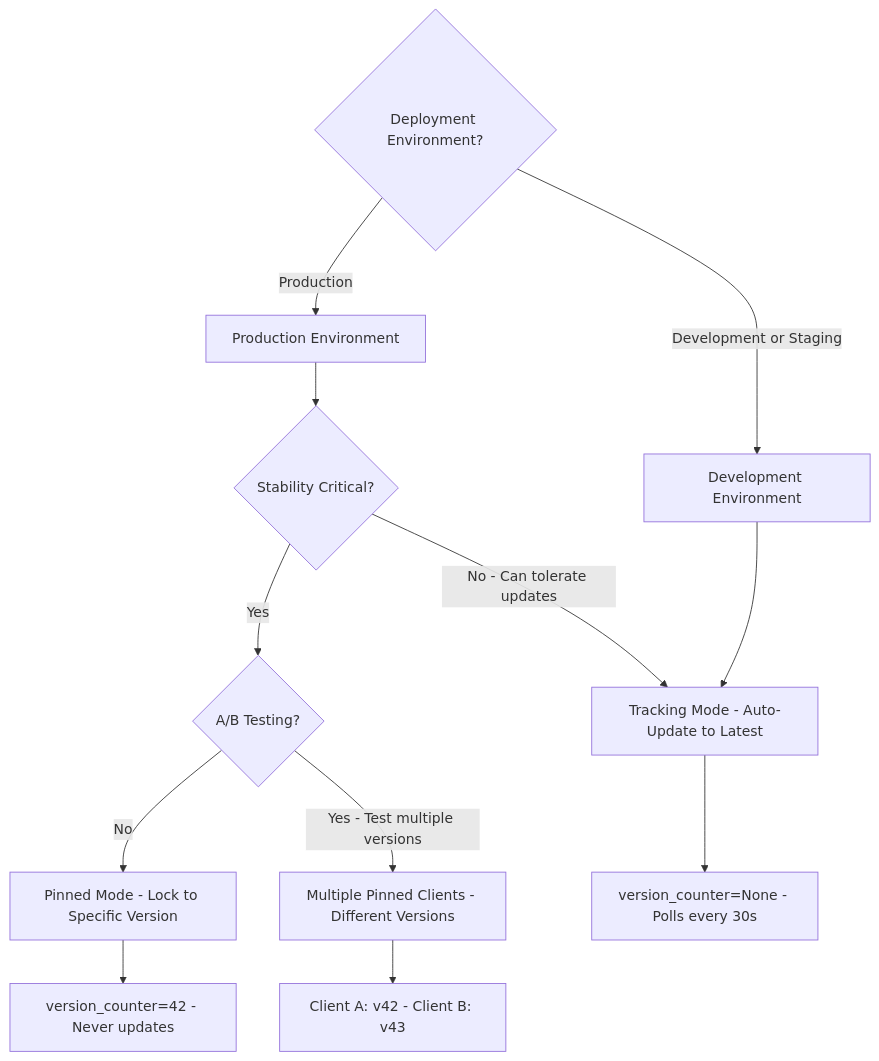
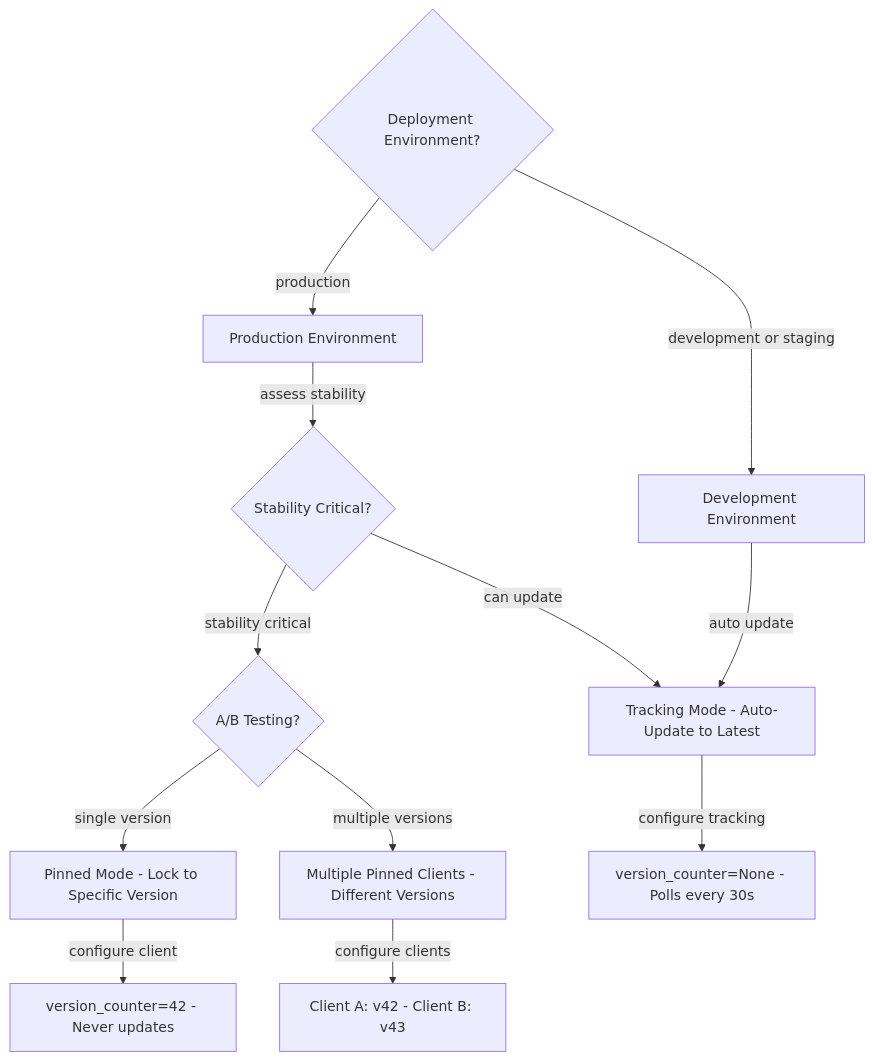
Before and after one commit to Tuee22/SpectralMC: the second of 3 diagrams in documents/engineering/blockchain_storage.md, drawn with Mermaid. The commit also changed other lines of this file and 28 other files, not shown here.

````diff
--- a/documents/engineering/blockchain_storage.md
+++ b/documents/engineering/blockchain_storage.md
@@ -154,29 +165,29 @@
 ```mermaid
 flowchart TB
   Start{Deployment Environment?}
   Production[Production Environment]
   Development[Development Environment]
 
   StabilityNeeded{Stability Critical?}
   ABTest{A/B Testing?}
 
   Pinned[Pinned Mode - Lock to Specific Version]
   MultiPinned[Multiple Pinned Clients - Different Versions]
   Tracking[Tracking Mode - Auto-Update to Latest]
 
-  Start -->|Production| Production
-  Start -->|Development or Staging| Development
+  Start -->|production| Production
+  Start -->|development or staging| Development
 
-  Production --> StabilityNeeded
-  StabilityNeeded -->|Yes| ABTest
-  StabilityNeeded -->|No - Can tolerate updates| Tracking
+  Production -->|assess stability| StabilityNeeded
+  StabilityNeeded -->|stability critical| ABTest
+  StabilityNeeded -->|can update| Tracking
 
-  ABTest -->|No| Pinned
-  ABTest -->|Yes - Test multiple versions| MultiPinned
+  ABTest -->|single version| Pinned
+  ABTest -->|multiple versions| MultiPinned
 
-  Development --> Tracking
+  Development -->|auto update| Tracking
 
-  Pinned --> PinnedConfig[version_counter=42 - Never updates]
-  MultiPinned --> MultiConfig[Client A: v42 - Client B: v43]
-  Tracking --> TrackingConfig[version_counter=None - Polls every 30s]
+  Pinned -->|configure client| PinnedConfig[version_counter=42 - Never updates]
+  MultiPinned -->|configure clients| MultiConfig[Client A: v42 - Client B: v43]
+  Tracking -->|configure tracking| TrackingConfig[version_counter=None - Polls every 30s]
 ```
````
